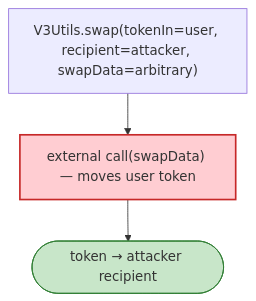
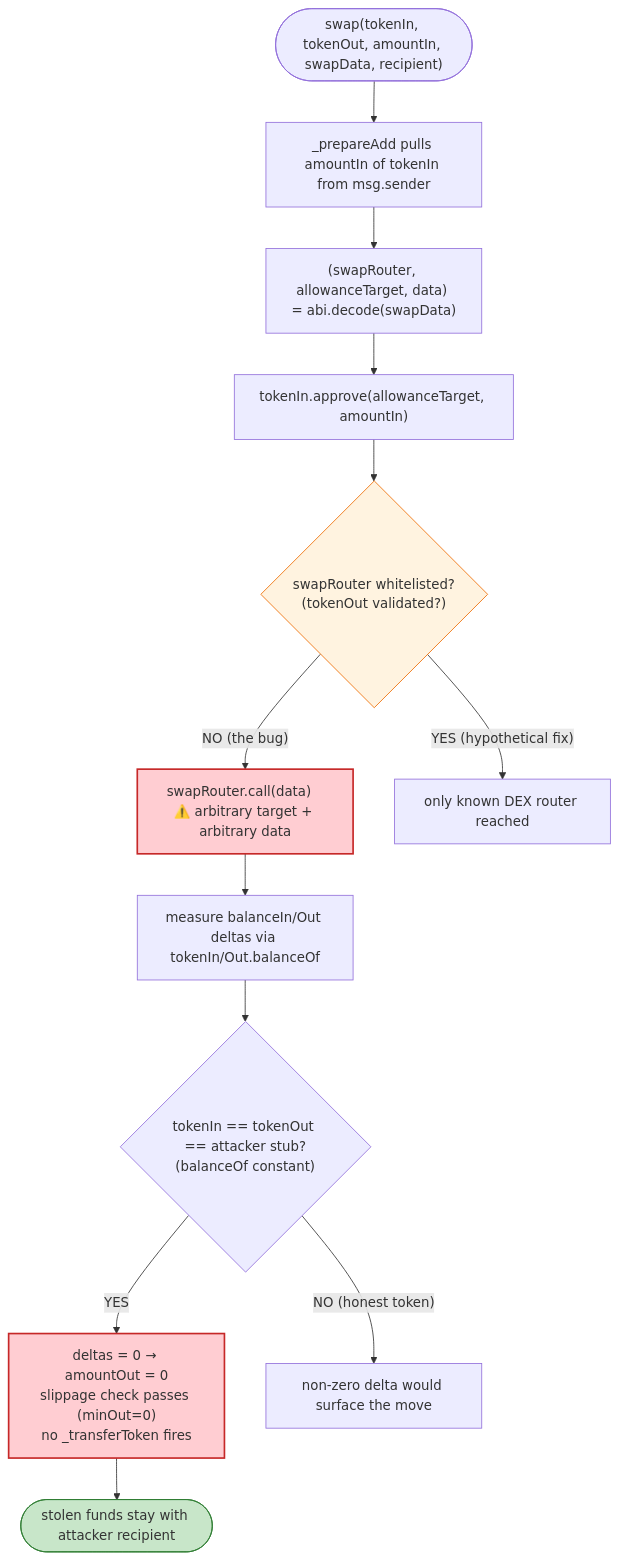
One commit to sanbir/evm-hack-registry changed the third of 3 diagrams in 2023-02-RevertFinance_exp/RevertFinance_exp.md. Above: the diagram before and after it, drawn with Mermaid. The commit also changed other lines of this file and 52 other files, not shown here.

````diff
--- a/2023-02-RevertFinance_exp/RevertFinance_exp.md
+++ b/2023-02-RevertFinance_exp/RevertFinance_exp.md
@@ -37,8 +383,19 @@
 ```mermaid
 flowchart TD
-    P["V3Utils.swap(tokenIn=user, recipient=attacker, swapData=arbitrary)"] --> CALL["external call(swapData) — moves user token"]
-    CALL --> OUT(["token → attacker recipient"])
+    Start(["swap(tokenIn, tokenOut, amountIn, swapData, recipient)"]) --> Prep["_prepareAdd pulls amountIn of tokenIn from msg.sender"]
+    Prep --> Dec["(swapRouter, allowanceTarget, data) = abi.decode(swapData)"]
+    Dec --> App["tokenIn.approve(allowanceTarget, amountIn)"]
+    App --> Whitelist{"swapRouter whitelisted?<br/>(tokenOut validated?)"}
+    Whitelist -- "NO (the bug)" --> Call["swapRouter.call(data)   ⚠️ arbitrary target + arbitrary data"]
+    Whitelist -- "YES (hypothetical fix)" --> Safe["only known DEX router reached"]
+    Call --> Meas["measure balanceIn/Out deltas via tokenIn/Out.balanceOf"]
+    Meas --> Blind{"tokenIn == tokenOut == attacker stub?<br/>(balanceOf constant)"}
+    Blind -- "YES" --> Zero["deltas = 0 → amountOut = 0<br/>slippage check passes (minOut=0)<br/>no _transferToken fires"]
+    Blind -- "NO (honest token)" --> Detect["non-zero delta would surface the move"]
+    Zero --> Out(["stolen funds stay with attacker recipient"])
 
-    style CALL fill:#ffcdd2,stroke:#c62828,stroke-width:2px
-    style OUT fill:#c8e6c9,stroke:#2e7d32
+    style Whitelist fill:#fff3e0,stroke:#ef6c00
+    style Call fill:#ffcdd2,stroke:#c62828,stroke-width:2px
+    style Zero fill:#ffcdd2,stroke:#c62828,stroke-width:2px
+    style Out fill:#c8e6c9,stroke:#2e7d32
 ```
````
